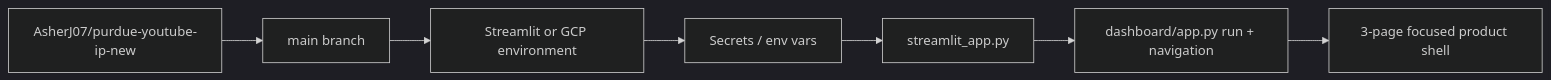
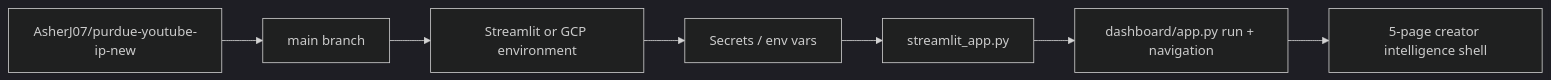
One commit to AsherJ07/purdue-youtube-ip-new changed the sixth of 6 diagrams in README.md. Above: the diagram before and after it, drawn with Mermaid (dark theme). The commit also changed other lines of this file and 7 other files, not shown here.

Commit message:
Restore YouTube Creator Insights product surface

````diff
--- a/README.md
+++ b/README.md
@@ -314,9 +324,9 @@
 ```mermaid
 flowchart LR
     A["AsherJ07/purdue-youtube-ip-new"] --> B["main branch"]
     B --> C["Streamlit or GCP environment"]
     C --> D["Secrets / env vars"]
     D --> E["streamlit_app.py"]
     E --> F["dashboard/app.py run + navigation"]
-    F --> G["3-page focused product shell"]
+    F --> G["5-page creator intelligence shell"]
 ```
````
